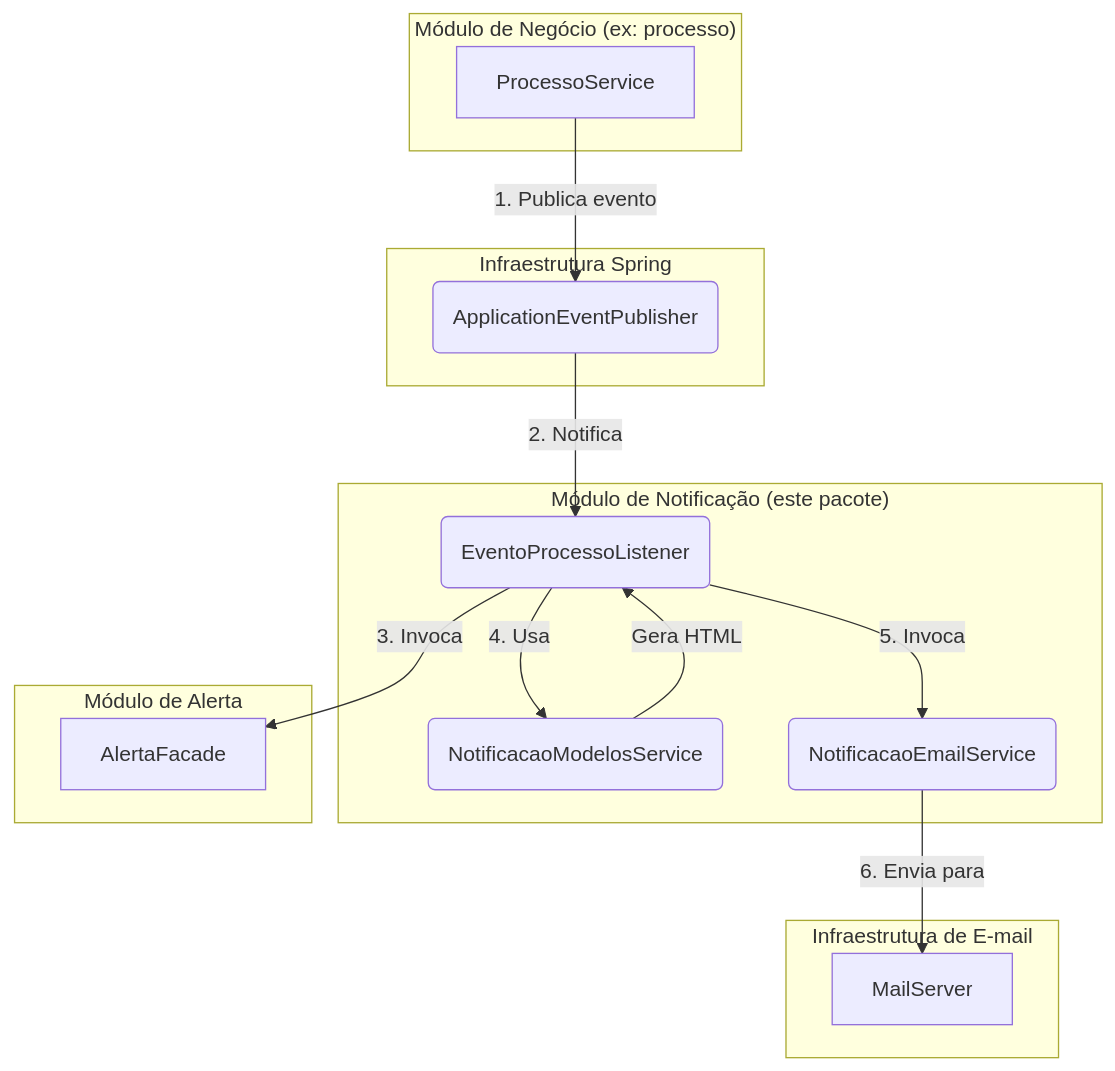
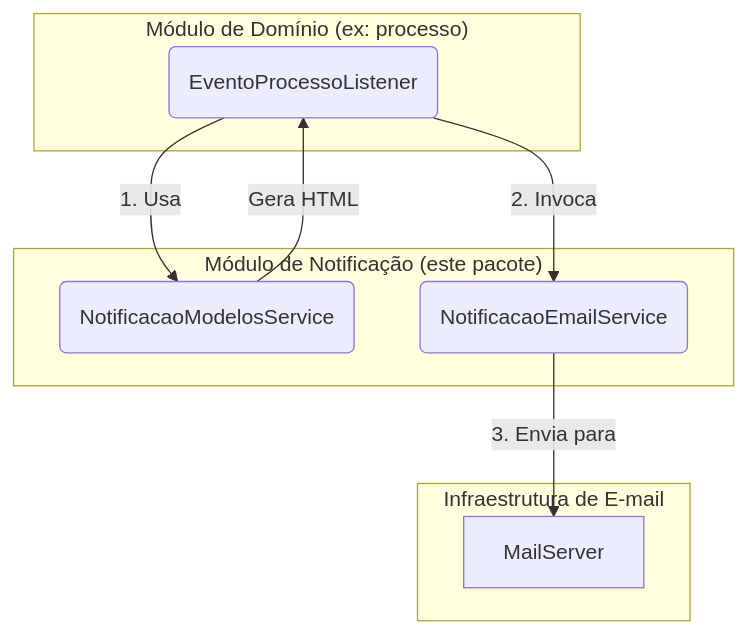
One commit to lgalvao/sgc changed the diagram in backend/src/main/java/sgc/notificacao/README.md. Above: the diagram before and after it, drawn with Mermaid. The commit also changed other lines of this file and 53 other files, not shown here.

````diff
--- a/backend/src/main/java/sgc/notificacao/README.md
+++ b/backend/src/main/java/sgc/notificacao/README.md
@@ -18,32 +12,20 @@
 ```mermaid
 graph TD
-    subgraph "Módulo de Negócio (ex: processo)"
-        ProcessoService
-    end
-
-    subgraph "Infraestrutura Spring"
-        EventBus(ApplicationEventPublisher)
+    subgraph "Módulo de Domínio (ex: processo)"
+        Listener(EventoProcessoListener)
     end
 
     subgraph "Módulo de Notificação (este pacote)"
-        Listener(EventoProcessoListener)
         TemplateService(NotificacaoModelosService)
         EmailService(NotificacaoEmailService)
-    end
-
-    subgraph "Módulo de Alerta"
-        AlertaFacade
     end
 
     subgraph "Infraestrutura de E-mail"
         MailServer
     end
 
-    ProcessoService -- 1. Publica evento --> EventBus
-    EventBus -- 2. Notifica --> Listener
-    Listener -- 3. Invoca --> AlertaFacade
-    Listener -- 4. Usa --> TemplateService
-    Listener -- 5. Invoca --> EmailService
+    Listener -- 1. Usa --> TemplateService
+    Listener -- 2. Invoca --> EmailService
     TemplateService -- Gera HTML --> Listener
-    EmailService -- 6. Envia para --> MailServer
+    EmailService -- 3. Envia para --> MailServer
 ```
````
